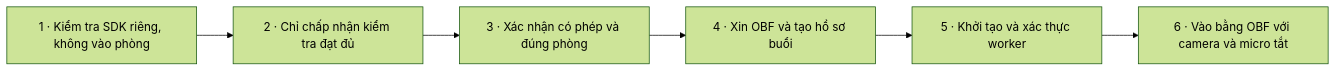
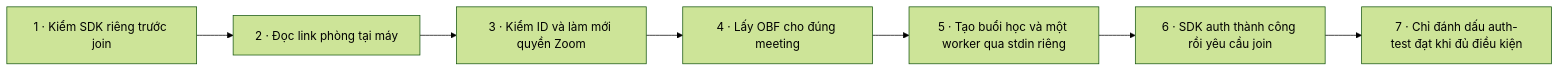
Diagram 15 of 22 in docs/WORKFLOW.md (Thequancute215-sys/cun-zoom), drawn with Mermaid (forest theme) before and after one commit. The commit also changed other lines of this file and 33 other files, not shown here.

Commit message:
Add account OTP and one-time license flow with deployment handover

````diff
--- a/docs/WORKFLOW.md
+++ b/docs/WORKFLOW.md
@@ -281,14 +480,16 @@
 ```mermaid
 flowchart LR
-  s1["1 · Kiểm tra SDK riêng, không vào phòng"]
-  s2["2 · Chỉ chấp nhận kiểm tra đạt đủ"]
+  s1["1 · Kiểm SDK riêng trước join"]
+  s2["2 · Đọc link phòng tại máy"]
   s1 --> s2
-  s3["3 · Xác nhận có phép và đúng phòng"]
+  s3["3 · Kiểm ID và làm mới quyền Zoom"]
   s2 --> s3
-  s4["4 · Xin OBF và tạo hồ sơ buổi"]
+  s4["4 · Lấy OBF cho đúng meeting"]
   s3 --> s4
-  s5["5 · Khởi tạo và xác thực worker"]
+  s5["5 · Tạo buổi học và một worker qua stdin riêng"]
   s4 --> s5
-  s6["6 · Vào bằng OBF với camera và micro tắt"]
+  s6["6 · SDK auth thành công rồi yêu cầu join"]
   s5 --> s6
+  s7["7 · Chỉ đánh dấu auth-test đạt khi đủ điều kiện"]
+  s6 --> s7
 ```
````
